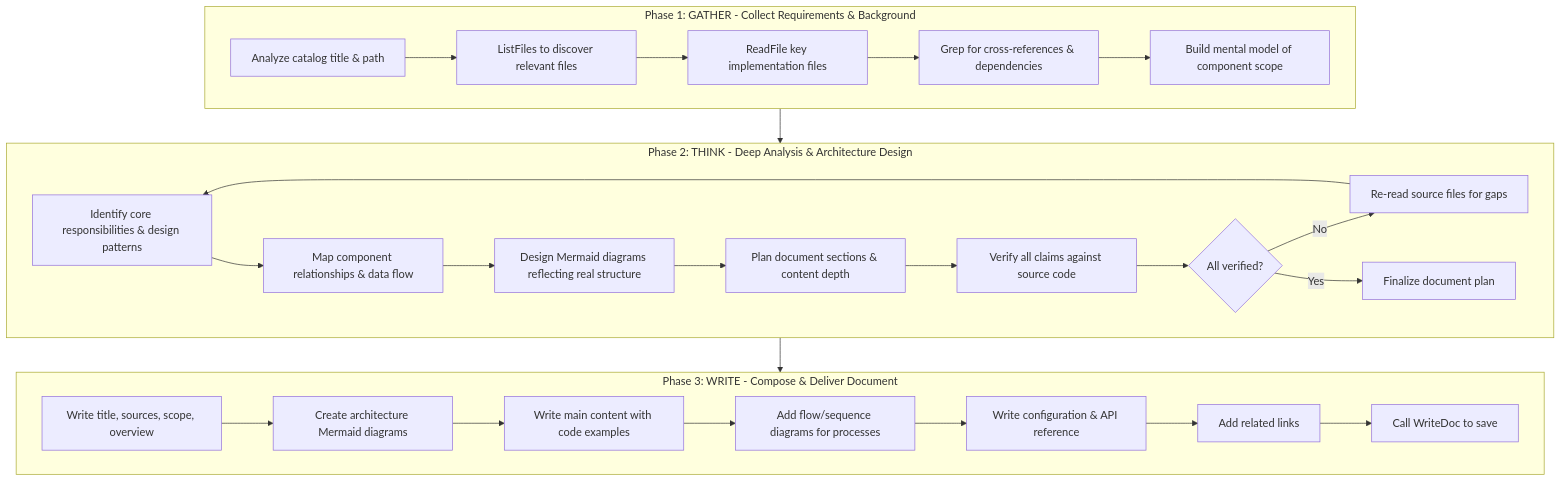
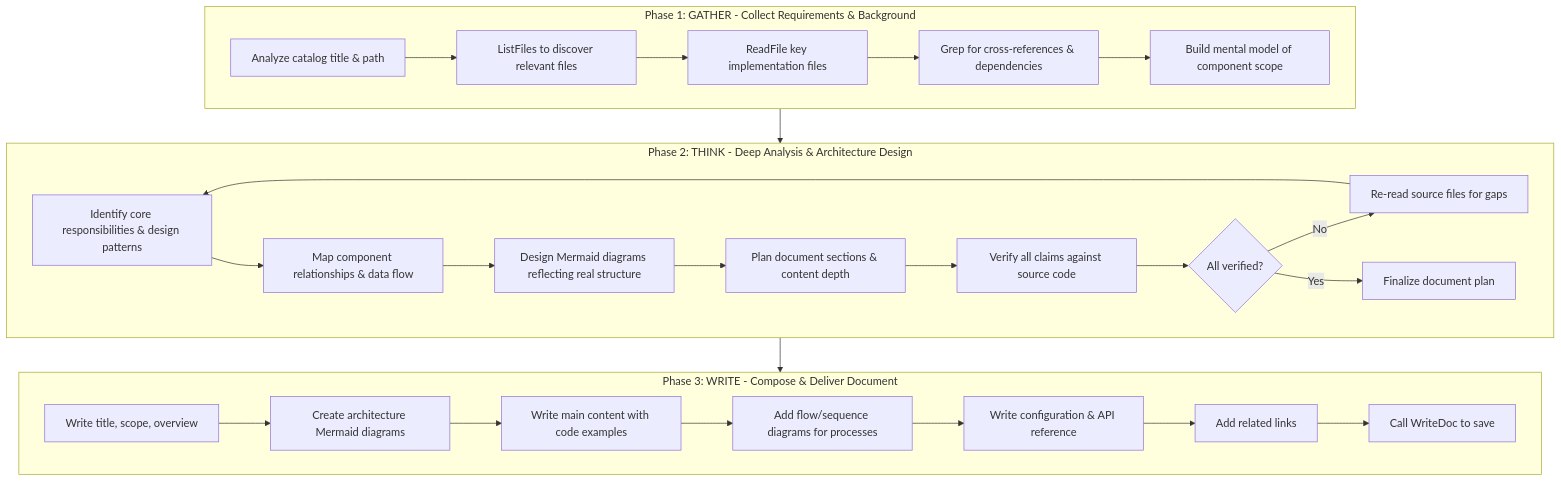
The first of 11 diagrams in src/OpenDeepWiki/prompts/content-generator.md (jianyuyanyu/OpenDeepWiki), drawn with Mermaid before and after one commit. The commit also changed other lines of this file and 9 other files, not shown here.

````diff
--- a/src/OpenDeepWiki/prompts/content-generator.md
+++ b/src/OpenDeepWiki/prompts/content-generator.md
@@ -266,31 +268,31 @@
 ```mermaid
 flowchart TD
     subgraph Phase1["Phase 1: GATHER - Collect Requirements & Background"]
         A1[Analyze catalog title & path] --> A2[ListFiles to discover relevant files]
         A2 --> A3[ReadFile key implementation files]
         A3 --> A4[Grep for cross-references & dependencies]
         A4 --> A5[Build mental model of component scope]
     end
 
     subgraph Phase2["Phase 2: THINK - Deep Analysis & Architecture Design"]
         B1[Identify core responsibilities & design patterns] --> B2[Map component relationships & data flow]
         B2 --> B3[Design Mermaid diagrams reflecting real structure]
         B3 --> B4[Plan document sections & content depth]
         B4 --> B5[Verify all claims against source code]
         B5 --> B6{All verified?}
         B6 -->|No| B7[Re-read source files for gaps]
         B7 --> B1
         B6 -->|Yes| B8[Finalize document plan]
     end
 
     subgraph Phase3["Phase 3: WRITE - Compose & Deliver Document"]
-        C1[Write title, sources, scope, overview] --> C2[Create architecture Mermaid diagrams]
+        C1[Write title, scope, overview] --> C2[Create architecture Mermaid diagrams]
         C2 --> C3[Write main content with code examples]
         C3 --> C4[Add flow/sequence diagrams for processes]
         C4 --> C5[Write configuration & API reference]
         C5 --> C6[Add related links]
         C6 --> C7[Call WriteDoc to save]
     end
 
     Phase1 --> Phase2 --> Phase3
 ```
````
